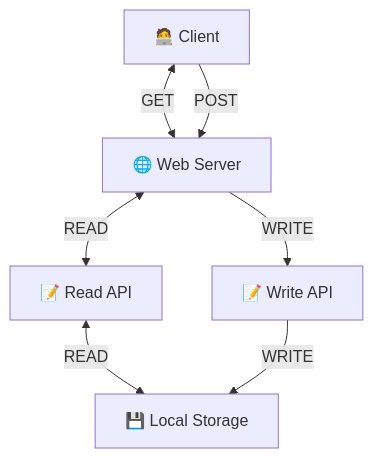
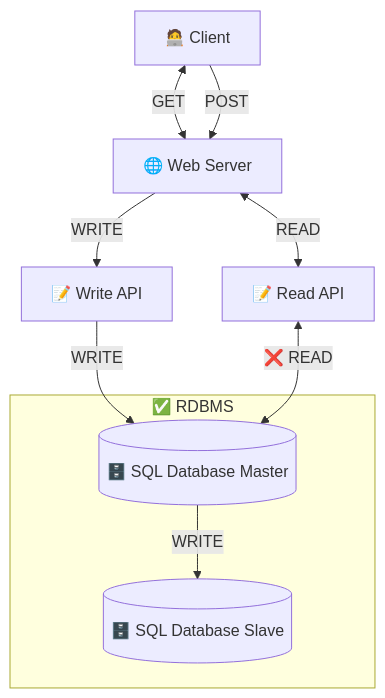
Before and after one commit to clockworkpc/simsite: the tenth of 13 diagrams in mermaid_demo.md, drawn with Mermaid. The commit also changed other lines of this file, not shown here.

````diff
--- a/mermaid_demo.md
+++ b/mermaid_demo.md
@@ -152,14 +241,22 @@
 ```mermaid
 graph TD
     client[🧑‍💻 Client]
     web[🌐 Web Server]
     client <-->|GET| web
     client -->|POST| web
+
     readapi[📝 Read API]
     writeapi[📝 Write API]
+
     web <-->|READ| readapi
     web -->|WRITE| writeapi
-    localstorage[💾 Local Storage]
-    readapi <-->|READ| localstorage
-    writeapi -->|WRITE| localstorage
+
+    subgraph sqldb[ ✅ RDBMS]
+        sqlmaster[(🗄️ SQL Database Master)]
+        sqlslave[(🗄️ SQL Database Slave)]
+    end
+
+    writeapi -->|WRITE| sqlmaster
+    readapi <-->|❌ READ| sqlmaster
+    sqlmaster -->|WRITE| sqlslave
 ```
````
